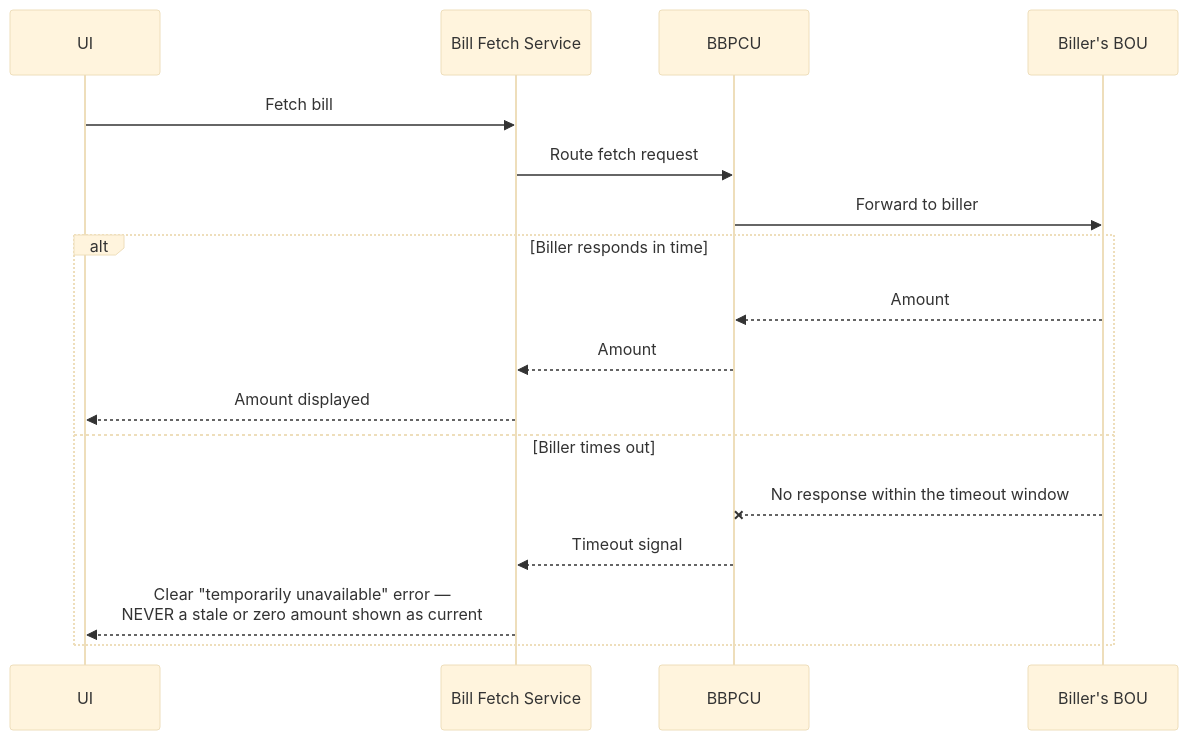
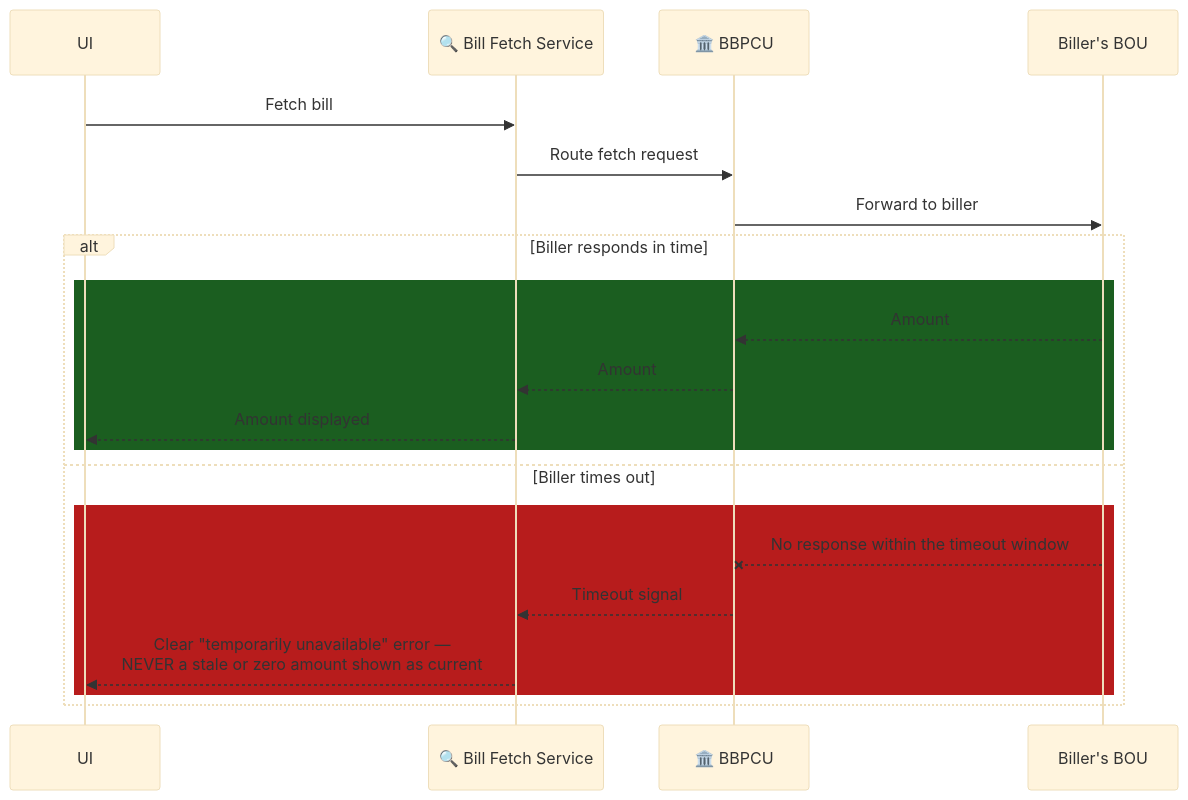
The fourth of 5 diagrams in docs/architecture-and-flow.md (ghanendra-sdet/bbps-bill-payment-platform), drawn with Mermaid (base theme) before and after one commit. The commit also changed other lines of this file, not shown here.

Commit message:
docs: enrich architecture diagrams, remove stale cross-document references

````diff
--- a/docs/architecture-and-flow.md
+++ b/docs/architecture-and-flow.md
@@ -107,20 +131,24 @@
 ```mermaid
 sequenceDiagram
     participant UI
-    participant BF as Bill Fetch Service
-    participant BBPCU
+    participant BF as 🔍 Bill Fetch Service
+    participant BBPCU as 🏛️ BBPCU
     participant BOU as Biller's BOU
 
     UI->>BF: Fetch bill
     BF->>BBPCU: Route fetch request
     BBPCU->>BOU: Forward to biller
     alt Biller responds in time
+        rect rgb(27, 94, 32)
         BOU-->>BBPCU: Amount
         BBPCU-->>BF: Amount
         BF-->>UI: Amount displayed
+        end
     else Biller times out
+        rect rgb(183, 28, 28)
         BOU--xBBPCU: No response within the timeout window
         BBPCU-->>BF: Timeout signal
         BF-->>UI: Clear "temporarily unavailable" error —<br/>NEVER a stale or zero amount shown as current
+        end
     end
 ```
````
